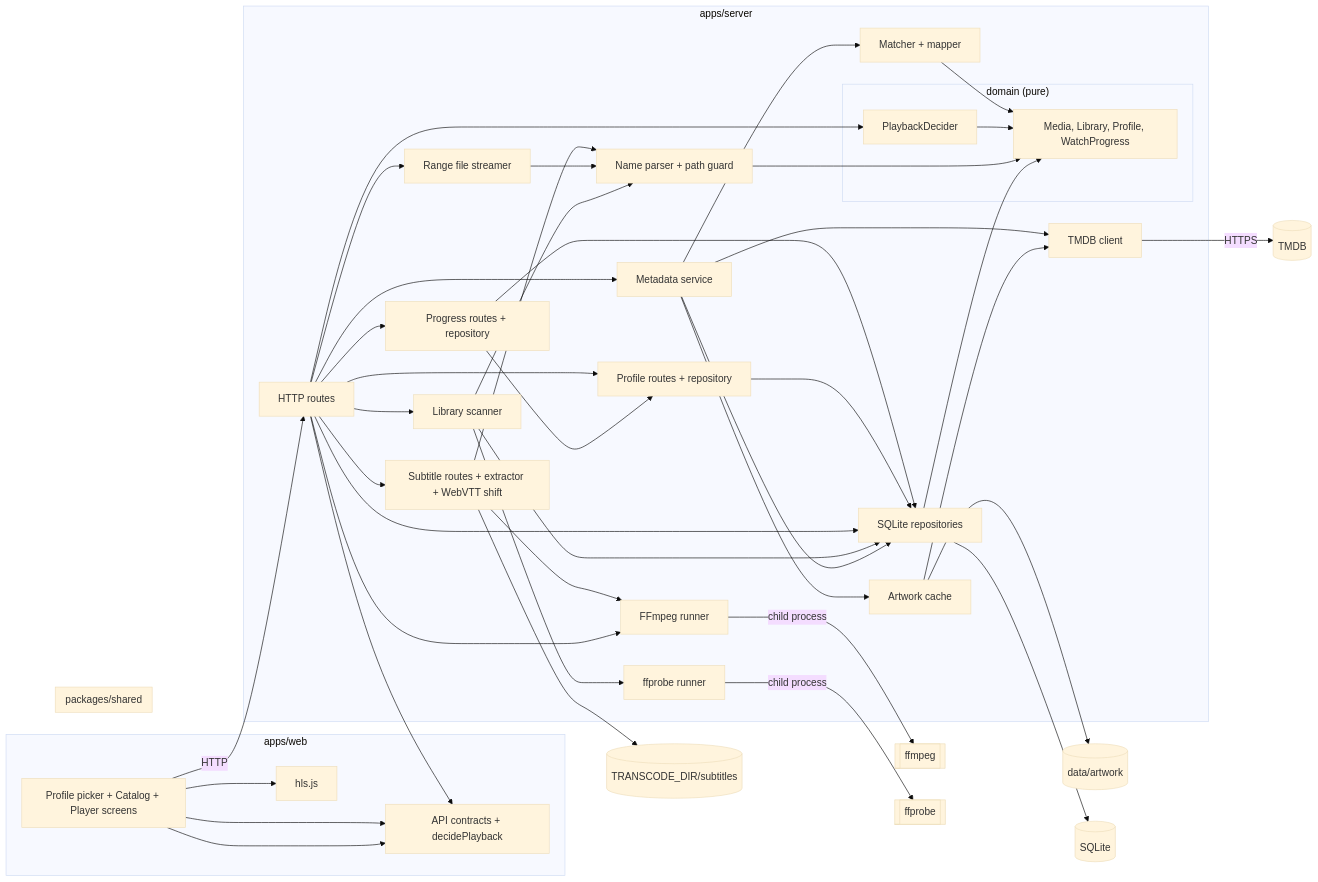
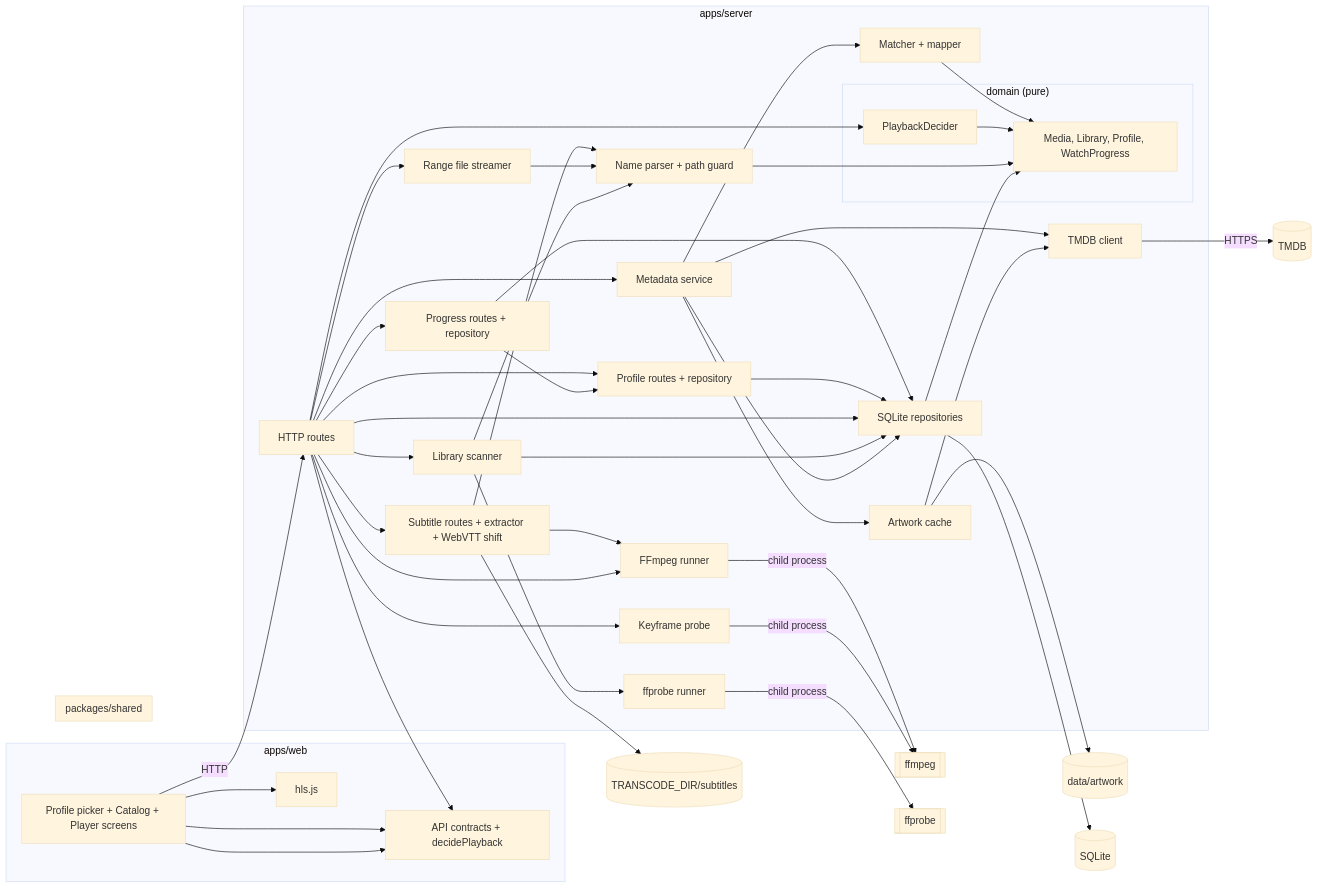
One commit to benoit-bremaud/popcorntv changed the diagram in docs/architecture/diagrams/playback/03-component.md. Above: the diagram before and after it, drawn with Mermaid (base theme). The commit also changed other lines of this file and 21 other files, not shown here.

````diff
--- a/docs/architecture/diagrams/playback/03-component.md
+++ b/docs/architecture/diagrams/playback/03-component.md
@@ -13,68 +13,71 @@
 ```mermaid
 flowchart LR
   subgraph Web ["apps/web"]
     UI[Profile picker + Catalog + Player screens]
     UI --> Contracts
     HLS[hls.js]
     UI --> HLS
   end
   subgraph Shared ["packages/shared"]
     Contracts[API contracts + decidePlayback]
   end
   subgraph Server ["apps/server"]
     Routes[HTTP routes]
     subgraph Domain ["domain (pure)"]
       Decider[PlaybackDecider]
       Entities[Media, Library, Profile, WatchProgress]
     end
     Scan[Library scanner]
     Parser[Name parser + path guard]
     MetaSvc[Metadata service]
     Match[Matcher + mapper]
     Meta[TMDB client]
     Art[Artwork cache]
     Trans[FFmpeg runner]
     Probe[ffprobe runner]
+    KProbe[Keyframe probe]
     Repo[SQLite repositories]
     Stream[Range file streamer]
     Subs[Subtitle routes + extractor + WebVTT shift]
     Progress[Progress routes + repository]
     Profiles[Profile routes + repository]
     Routes --> Progress
     Routes --> Profiles
     Progress --> Profiles
     Progress --> Repo
     Profiles --> Repo
     Routes --> Stream
     Routes --> Subs
     Subs --> Parser
     Subs --> Trans
     Stream --> Parser
     Routes --> Decider
     Routes --> Repo
     Routes --> Trans
+    Routes --> KProbe
     Routes --> Scan
     Scan --> Parser
     Scan --> Probe
     Scan --> Repo
     Routes --> MetaSvc
     MetaSvc --> Match
     MetaSvc --> Meta
     MetaSvc --> Art
     MetaSvc --> Repo
     Art --> Meta
     Match --> Entities
     Decider --> Entities
     Parser --> Entities
     Repo --> Entities
   end
   UI --> Contracts
   Routes --> Contracts
   UI -->|"HTTP"| Routes
   Meta -->|"HTTPS"| TMDB[("TMDB")]
   Art --> Disk[("data/artwork")]
   Subs --> SubCache[("TRANSCODE_DIR/subtitles")]
   Trans -->|"child process"| FFmpeg[["ffmpeg"]]
   Probe -->|"child process"| FFprobe[["ffprobe"]]
+  KProbe -->|"child process"| FFmpeg
   Repo --> DB[("SQLite")]
 ```
````
